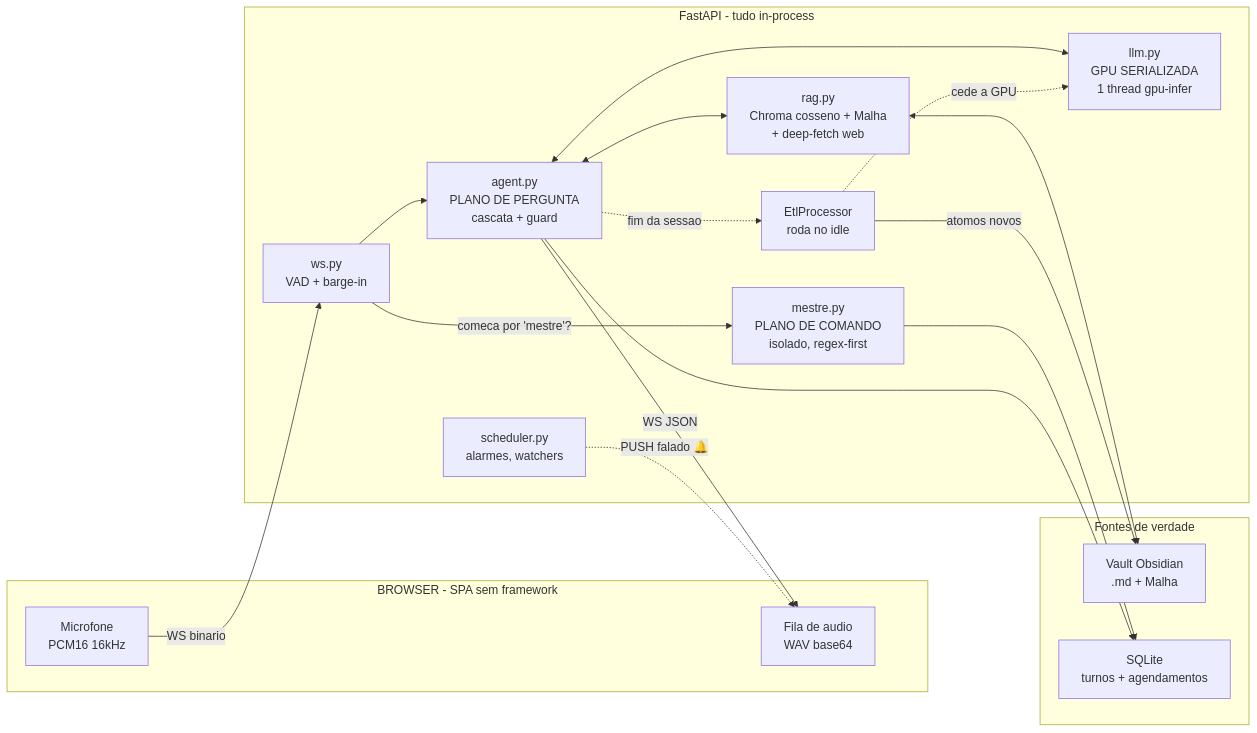
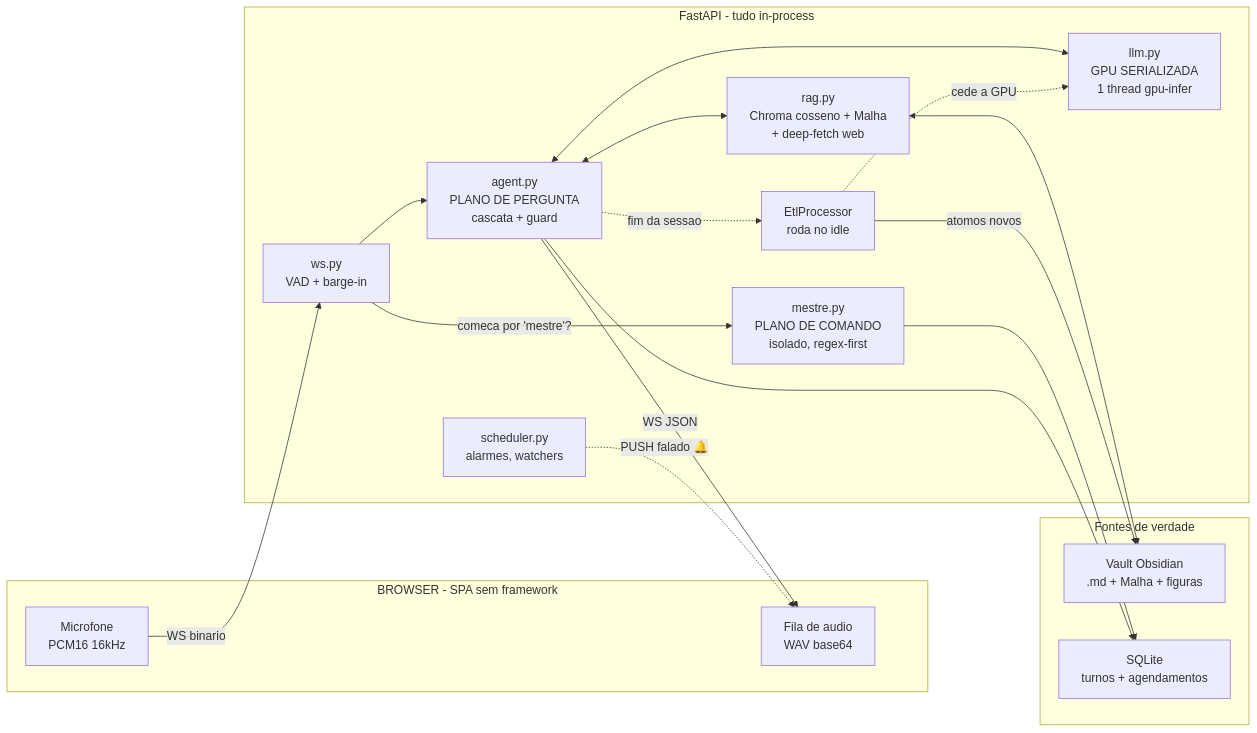
One commit to danielpvp22/mente_digital changed the diagram in README.md. Above: the diagram before and after it, drawn with Mermaid. The commit also changed other lines of this file and 3 other files, not shown here.

````diff
--- a/README.md
+++ b/README.md
@@ -111,33 +114,33 @@
 ```mermaid
 flowchart LR
     subgraph CLIENTE["BROWSER - SPA sem framework"]
         MIC["Microfone<br/>PCM16 16kHz"]
         SPK["Fila de audio<br/>WAV base64"]
     end
     subgraph SERVIDOR["FastAPI - tudo in-process"]
         WS["ws.py<br/>VAD + barge-in"]
         MST["mestre.py<br/>PLANO DE COMANDO<br/>isolado, regex-first"]
         AG["agent.py<br/>PLANO DE PERGUNTA<br/>cascata + guard"]
         LLM["llm.py<br/>GPU SERIALIZADA<br/>1 thread gpu-infer"]
         RAG["rag.py<br/>Chroma cosseno + Malha<br/>+ deep-fetch web"]
         SCH["scheduler.py<br/>alarmes, watchers"]
         ETL["EtlProcessor<br/>roda no idle"]
     end
     subgraph DADOS["Fontes de verdade"]
-        VAULT["Vault Obsidian<br/>.md + Malha"]
+        VAULT["Vault Obsidian<br/>.md + Malha + figuras"]
         SQL["SQLite<br/>turnos + agendamentos"]
     end
     MIC -->|"WS binario"| WS
     WS -->|"comeca por 'mestre'?"| MST
     WS --> AG
     MST --> SQL
     AG <--> LLM
     AG <--> RAG
     AG -->|"WS JSON"| SPK
     RAG <--> VAULT
     AG --> SQL
     SCH -.->|"PUSH falado 🔔"| SPK
     AG -.->|"fim da sessao"| ETL
     ETL -->|"atomos novos"| VAULT
     ETL -.->|"cede a GPU"| LLM
 ```
````
